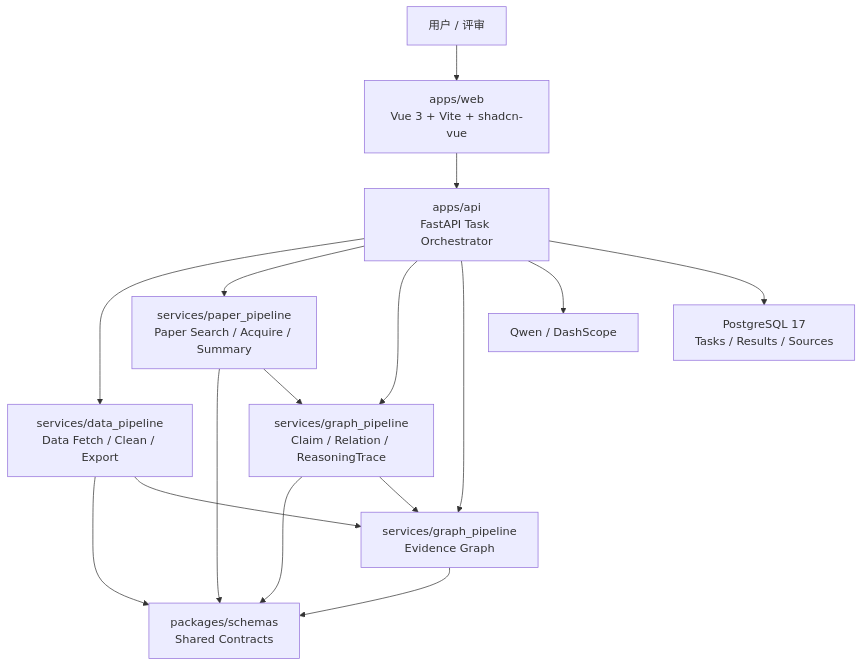
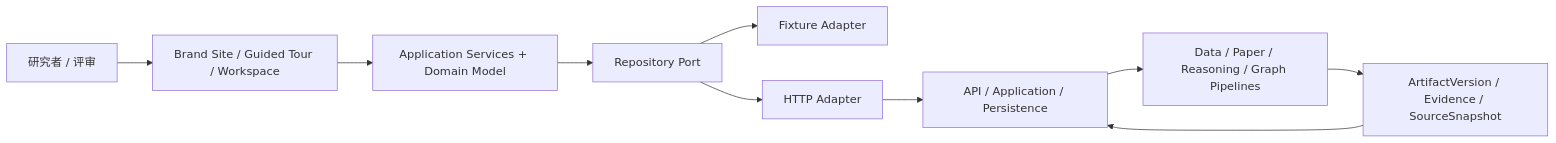
The diagram in DESIGN.md (zyyyyynnn/xingwen-astro-ai), drawn with Mermaid before and after one commit. The commit also changed other lines of this file and 26 other files, not shown here.

First line of the commit message:
docs(frontend): redefine frontend product and visual architecture (#66)

````diff
--- a/DESIGN.md
+++ b/DESIGN.md
@@ -48,29 +54,22 @@
 ```mermaid
-flowchart TB
-  User["用户 / 评审"]
-  Web["apps/web\nVue 3 + Vite + shadcn-vue"]
-  API["apps/api\nFastAPI Task Orchestrator"]
-  Data["services/data_pipeline\nData Fetch / Clean / Export"]
-  Paper["services/paper_pipeline\nPaper Search / Acquire / Summary"]
-  Reason["services/graph_pipeline\nClaim / Relation / ReasoningTrace"]
-  Graph["services/graph_pipeline\nEvidence Graph"]
-  Schemas["packages/schemas\nShared Contracts"]
-  DB["PostgreSQL 17\nTasks / Results / Sources"]
-  Qwen["Qwen / DashScope"]
+flowchart LR
+  User["研究者 / 评审"]
+  Experience["Brand Site / Guided Tour / Workspace"]
+  App["Application Services + Domain Model"]
+  Port["Repository Port"]
+  Fixture["Fixture Adapter"]
+  Http["HTTP Adapter"]
+  Api["API / Application / Persistence"]
+  Pipelines["Data / Paper / Reasoning / Graph Pipelines"]
+  Versions["ArtifactVersion / Evidence / SourceSnapshot"]
 
-  User --> Web
-  Web --> API
-  API --> Data
-  API --> Paper
-  API --> Reason
-  API --> Graph
-  API --> Qwen
-  API --> DB
-  Data --> Schemas
-  Paper --> Schemas
-  Reason --> Schemas
-  Graph --> Schemas
-  Paper --> Reason
-  Data --> Graph
-  Reason --> Graph
+  User --> Experience
+  Experience --> App
+  App --> Port
+  Port --> Fixture
+  Port --> Http
+  Http --> Api
+  Api --> Pipelines
+  Pipelines --> Versions
+  Versions --> Api
 ```
````
